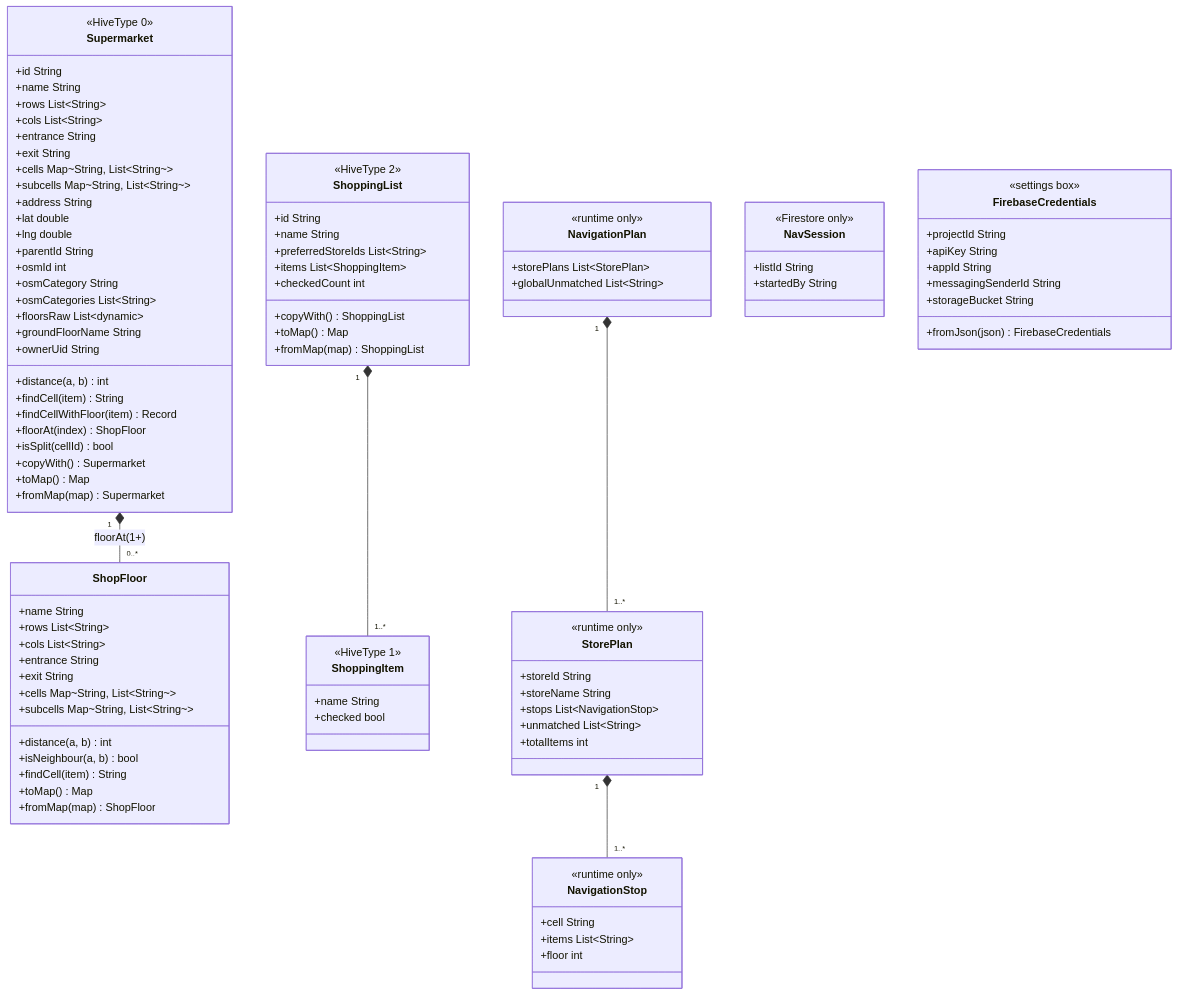
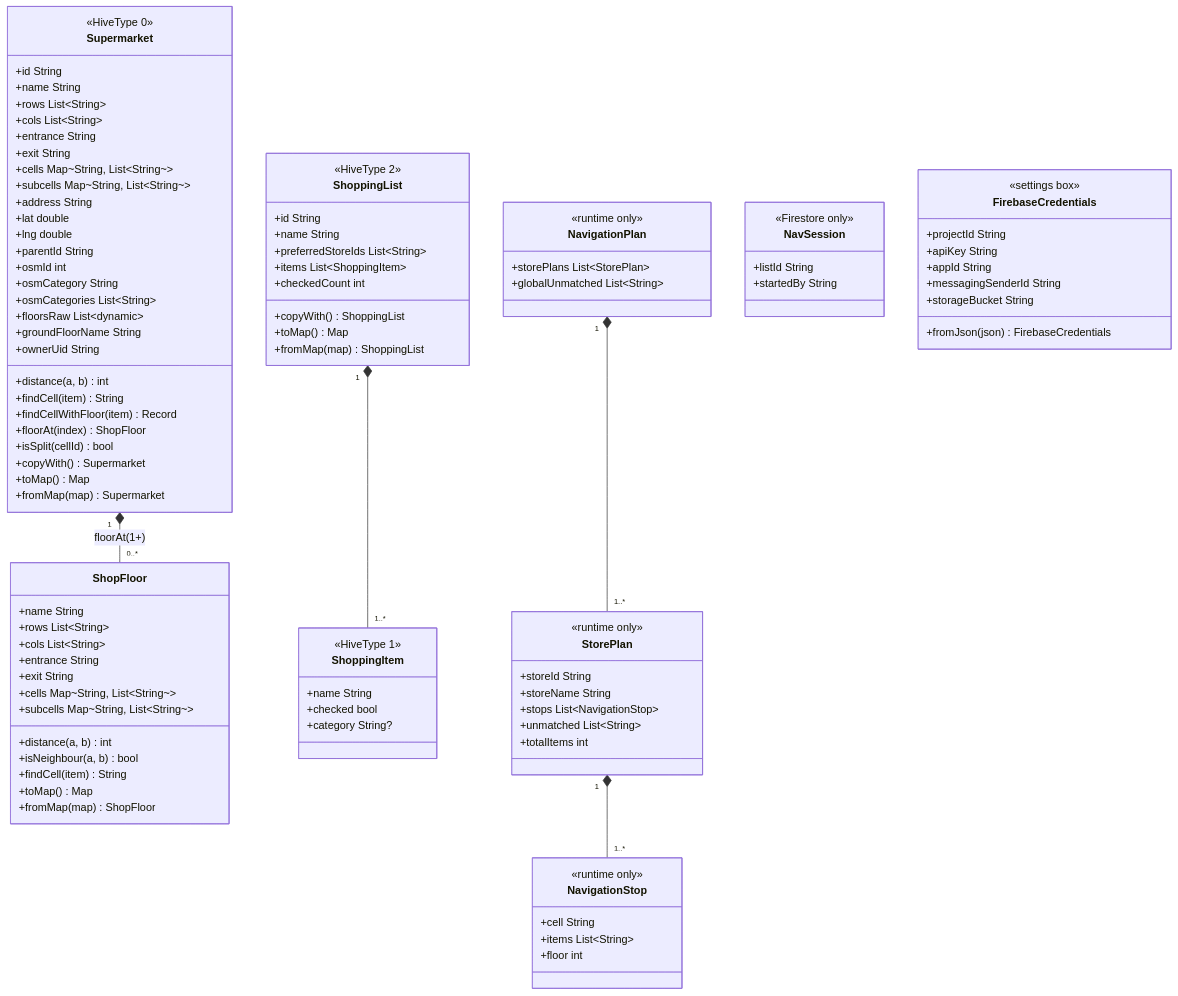
One commit to danile42/fairelescourses changed the diagram in docs/architecture/data-models.md. Above: the diagram before and after it, drawn with Mermaid. The commit also changed other lines of this file and 6 other files, not shown here.

```diff
--- a/docs/architecture/data-models.md
+++ b/docs/architecture/data-models.md
@@ -67,6 +67,7 @@
         <<HiveType 1>>
         +name String
         +checked bool
+        +category String?
     }
 
     class NavigationPlan {
```
